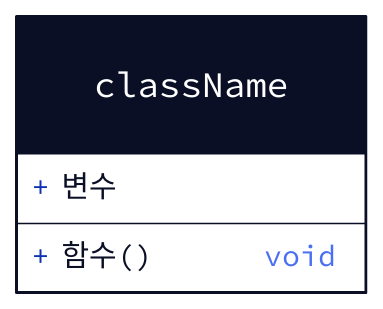
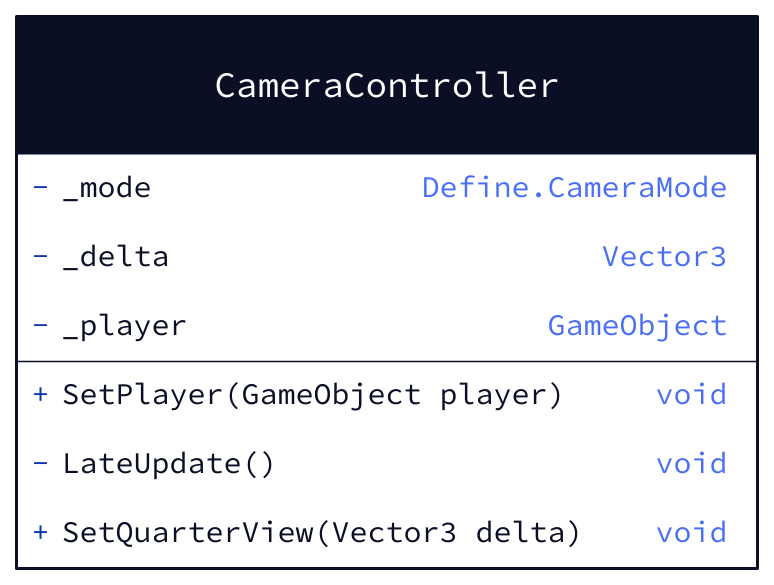
Before and after one commit to SandyLee-00/Unity_Rookiss_3: the diagram in D2/Controllers/CameraController.d2, drawn with D2. The commit also changed 1 other file, not shown here.

Commit message:
:scroll: BaseController, CameraController

```diff
--- a/D2/Controllers/CameraController.d2
+++ b/D2/Controllers/CameraController.d2
@@ -1,6 +1,10 @@
-className: {
+CameraController: {
   shape: class
-  변수
+  -_mode: Define.CameraMode
+  -_delta: Vector3
+  -_player: GameObject
 
-  함수()
+  SetPlayer(GameObject player)
+  -LateUpdate()
+  SetQuarterView(Vector3 delta)
 }
```
